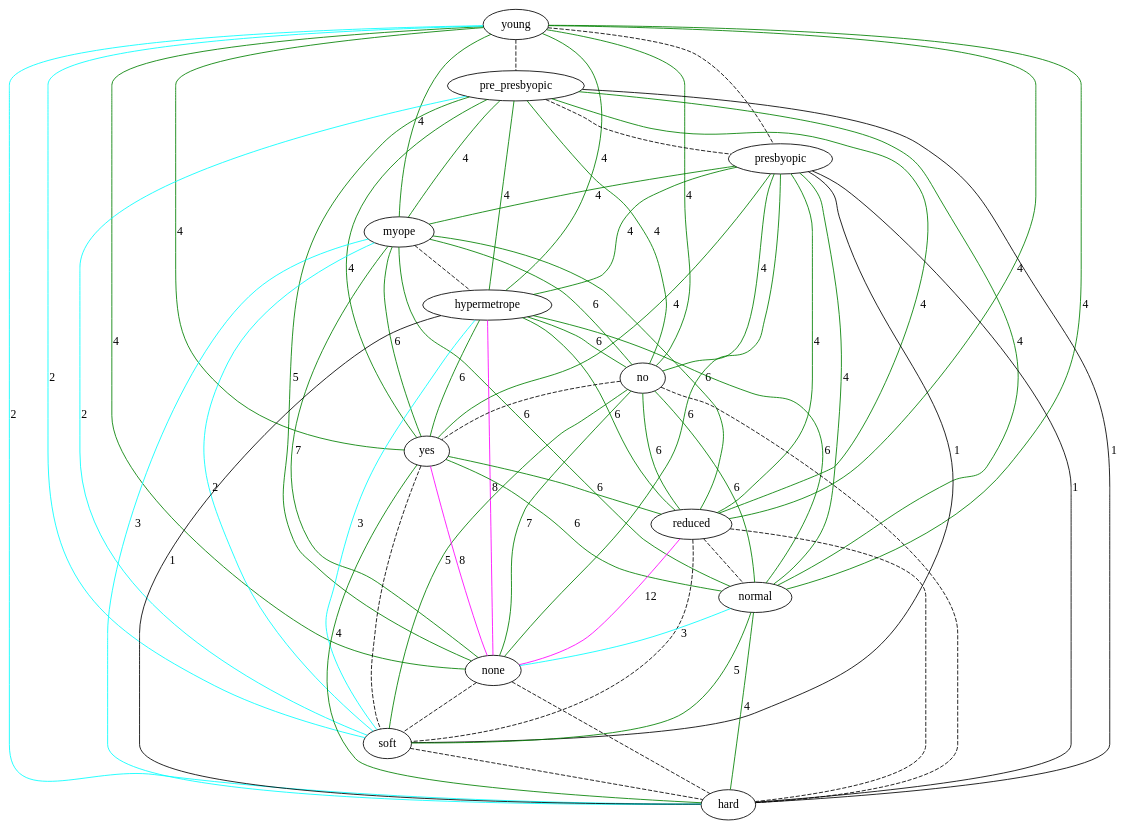
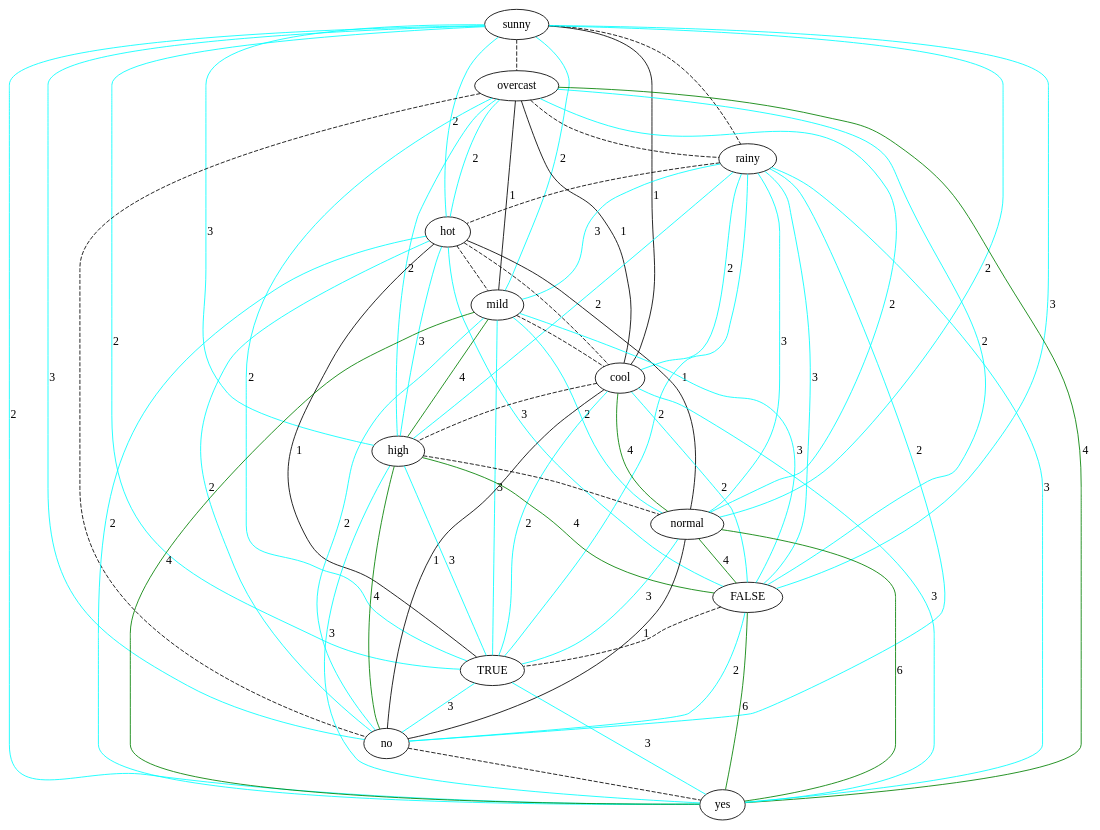
Before and after one commit to lrodrin/TFG: the diagram in src/final/exponentialGraph.dot, drawn with Graphviz. The commit also changed 11 other files, not shown here.

```diff
--- a/src/final/exponentialGraph.dot
+++ b/src/final/exponentialGraph.dot
@@ -1,80 +1,80 @@
 strict graph "" {
-young;
-pre_presbyopic;
-presbyopic;
-myope;
-hypermetrope;
+sunny;
+overcast;
+rainy;
+hot;
+mild;
+cool;
+high;
+normal;
+FALSE;
+TRUE;
 no;
 yes;
-reduced;
-normal;
-none;
-soft;
-hard;
-young -- pre_presbyopic  [color=black, style=dashed];
-young -- presbyopic  [color=black, style=dashed];
-young -- myope  [color=green, label=4, style=solid];
-young -- hypermetrope  [color=green, label=4, style=solid];
-young -- no  [color=green, label=4, style=solid];
-young -- yes  [color=green, label=4, style=solid];
-young -- reduced  [color=green, label=4, style=solid];
-young -- normal  [color=green, label=4, style=solid];
-young -- none  [color=green, label=4, style=solid];
-young -- soft  [color=cyan, label=2, style=solid];
-young -- hard  [color=cyan, label=2, style=solid];
-pre_presbyopic -- presbyopic  [color=black, style=dashed];
-pre_presbyopic -- myope  [color=green, label=4, style=solid];
-pre_presbyopic -- hypermetrope  [color=green, label=4, style=solid];
-pre_presbyopic -- no  [color=green, label=4, style=solid];
-pre_presbyopic -- yes  [color=green, label=4, style=solid];
-pre_presbyopic -- reduced  [color=green, label=4, style=solid];
-pre_presbyopic -- normal  [color=green, label=4, style=solid];
-pre_presbyopic -- none  [color=green, label=5, style=solid];
-pre_presbyopic -- soft  [color=cyan, label=2, style=solid];
-pre_presbyopic -- hard  [color=black, label=1, style=solid];
-presbyopic -- myope  [color=green, label=4, style=solid];
-presbyopic -- hypermetrope  [color=green, label=4, style=solid];
-presbyopic -- no  [color=green, label=4, style=solid];
-presbyopic -- yes  [color=green, label=4, style=solid];
-presbyopic -- reduced  [color=green, label=4, style=solid];
-presbyopic -- normal  [color=green, label=4, style=solid];
-presbyopic -- none  [color=green, label=6, style=solid];
-presbyopic -- soft  [color=black, label=1, style=solid];
-presbyopic -- hard  [color=black, label=1, style=solid];
-myope -- hypermetrope  [color=black, style=dashed];
-myope -- no  [color=green, label=6, style=solid];
-myope -- yes  [color=green, label=6, style=solid];
-myope -- reduced  [color=green, label=6, style=solid];
-myope -- normal  [color=green, label=6, style=solid];
-myope -- none  [color=green, label=7, style=solid];
-myope -- soft  [color=cyan, label=2, style=solid];
-myope -- hard  [color=cyan, label=3, style=solid];
-hypermetrope -- no  [color=green, label=6, style=solid];
-hypermetrope -- yes  [color=green, label=6, style=solid];
-hypermetrope -- reduced  [color=green, label=6, style=solid];
-hypermetrope -- normal  [color=green, label=6, style=solid];
-hypermetrope -- none  [color=magenta, label=8, style=solid];
-hypermetrope -- soft  [color=cyan, label=3, style=solid];
-hypermetrope -- hard  [color=black, label=1, style=solid];
+sunny -- overcast  [color=black, style=dashed];
+sunny -- rainy  [color=black, style=dashed];
+sunny -- hot  [color=cyan, label=2, style=solid];
+sunny -- mild  [color=cyan, label=2, style=solid];
+sunny -- cool  [color=black, label=1, style=solid];
+sunny -- high  [color=cyan, label=3, style=solid];
+sunny -- normal  [color=cyan, label=2, style=solid];
+sunny -- FALSE  [color=cyan, label=3, style=solid];
+sunny -- TRUE  [color=cyan, label=2, style=solid];
+sunny -- no  [color=cyan, label=3, style=solid];
+sunny -- yes  [color=cyan, label=2, style=solid];
+overcast -- rainy  [color=black, style=dashed];
+overcast -- hot  [color=cyan, label=2, style=solid];
+overcast -- mild  [color=black, label=1, style=solid];
+overcast -- cool  [color=black, label=1, style=solid];
+overcast -- high  [color=cyan, label=2, style=solid];
+overcast -- normal  [color=cyan, label=2, style=solid];
+overcast -- FALSE  [color=cyan, label=2, style=solid];
+overcast -- TRUE  [color=cyan, label=2, style=solid];
+overcast -- no  [color=black, style=dashed];
+overcast -- yes  [color=green, label=4, style=solid];
+rainy -- hot  [color=black, style=dashed];
+rainy -- mild  [color=cyan, label=3, style=solid];
+rainy -- cool  [color=cyan, label=2, style=solid];
+rainy -- high  [color=cyan, label=2, style=solid];
+rainy -- normal  [color=cyan, label=3, style=solid];
+rainy -- FALSE  [color=cyan, label=3, style=solid];
+rainy -- TRUE  [color=cyan, label=2, style=solid];
+rainy -- no  [color=cyan, label=2, style=solid];
+rainy -- yes  [color=cyan, label=3, style=solid];
+hot -- mild  [color=black, style=dashed];
+hot -- cool  [color=black, style=dashed];
+hot -- high  [color=cyan, label=3, style=solid];
+hot -- normal  [color=black, label=1, style=solid];
+hot -- FALSE  [color=cyan, label=3, style=solid];
+hot -- TRUE  [color=black, label=1, style=solid];
+hot -- no  [color=cyan, label=2, style=solid];
+hot -- yes  [color=cyan, label=2, style=solid];
+mild -- cool  [color=black, style=dashed];
+mild -- high  [color=green, label=4, style=solid];
+mild -- normal  [color=cyan, label=2, style=solid];
+mild -- FALSE  [color=cyan, label=3, style=solid];
+mild -- TRUE  [color=cyan, label=3, style=solid];
+mild -- no  [color=cyan, label=2, style=solid];
+mild -- yes  [color=green, label=4, style=solid];
+cool -- high  [color=black, style=dashed];
+cool -- normal  [color=green, label=4, style=solid];
+cool -- FALSE  [color=cyan, label=2, style=solid];
+cool -- TRUE  [color=cyan, label=2, style=solid];
+cool -- no  [color=black, label=1, style=solid];
+cool -- yes  [color=cyan, label=3, style=solid];
+high -- normal  [color=black, style=dashed];
+high -- FALSE  [color=green, label=4, style=solid];
+high -- TRUE  [color=cyan, label=3, style=solid];
+high -- no  [color=green, label=4, style=solid];
+high -- yes  [color=cyan, label=3, style=solid];
+normal -- FALSE  [color=green, label=4, style=solid];
+normal -- TRUE  [color=cyan, label=3, style=solid];
+normal -- no  [color=black, label=1, style=solid];
+normal -- yes  [color=green, label=6, style=solid];
+FALSE -- TRUE  [color=black, style=dashed];
+FALSE -- no  [color=cyan, label=2, style=solid];
+FALSE -- yes  [color=green, label=6, style=solid];
+TRUE -- no  [color=cyan, label=3, style=solid];
+TRUE -- yes  [color=cyan, label=3, style=solid];
 no -- yes  [color=black, style=dashed];
-no -- reduced  [color=green, label=6, style=solid];
-no -- normal  [color=green, label=6, style=solid];
-no -- none  [color=green, label=7, style=solid];
-no -- soft  [color=green, label=5, style=solid];
-no -- hard  [color=black, style=dashed];
-yes -- reduced  [color=green, label=6, style=solid];
-yes -- normal  [color=green, label=6, style=solid];
-yes -- none  [color=magenta, label=8, style=solid];
-yes -- soft  [color=black, style=dashed];
-yes -- hard  [color=green, label=4, style=solid];
-reduced -- normal  [color=black, style=dashed];
-reduced -- none  [color=magenta, label=12, style=solid];
-reduced -- soft  [color=black, style=dashed];
-reduced -- hard  [color=black, style=dashed];
-normal -- none  [color=cyan, label=3, style=solid];
-normal -- soft  [color=green, label=5, style=solid];
-normal -- hard  [color=green, label=4, style=solid];
-none -- soft  [color=black, style=dashed];
-none -- hard  [color=black, style=dashed];
-soft -- hard  [color=black, style=dashed];
 }
```
